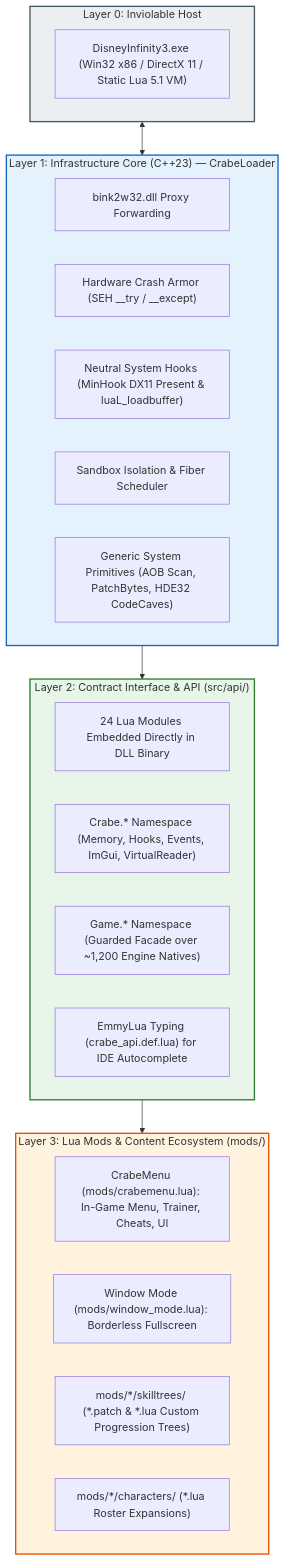
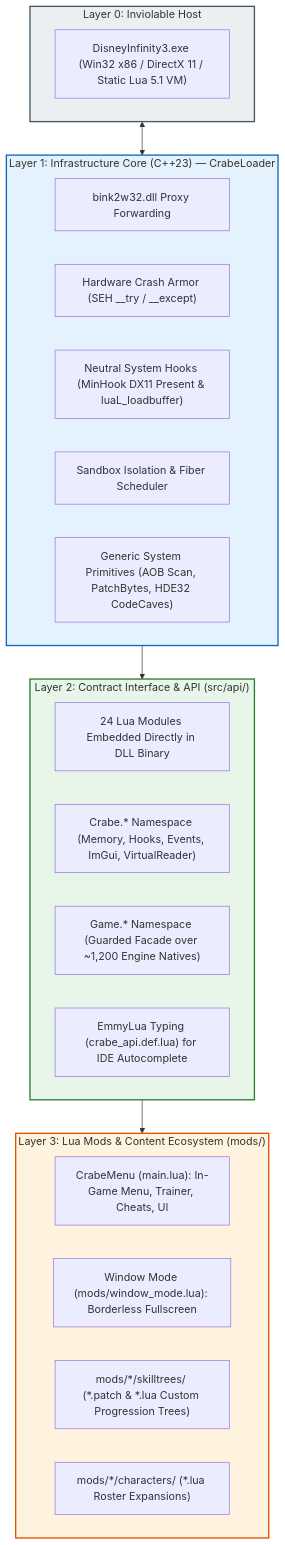
The first of 2 diagrams in docs/ARCHITECTURE_BLUEPRINT.md (LucasLhomme/CrabeLoader), drawn with Mermaid before and after one commit. The commit also changed other lines of this file and 5 other files, not shown here.

````diff
--- a/docs/ARCHITECTURE_BLUEPRINT.md
+++ b/docs/ARCHITECTURE_BLUEPRINT.md
@@ -102,37 +102,37 @@
 ```mermaid
 flowchart TD
     subgraph L0["Layer 0: Inviolable Host"]
         GAME["DisneyInfinity3.exe (Win32 x86 / DirectX 11 / Static Lua 5.1 VM)"]
     end
 
     subgraph L1["Layer 1: Infrastructure Core (C++23) — CrabeLoader"]
         INJECT["bink2w32.dll Proxy Forwarding"]
         SEH["Hardware Crash Armor (SEH __try / __except)"]
         HOOKS["Neutral System Hooks (MinHook DX11 Present & luaL_loadbuffer)"]
         SANDBOX_CORE["Sandbox Isolation & Fiber Scheduler"]
         PRIMITIVES["Generic System Primitives (AOB Scan, PatchBytes, HDE32 CodeCaves)"]
     end
 
     subgraph L2["Layer 2: Contract Interface & API (src/api/)"]
         EMBED_API["24 Lua Modules Embedded Directly in DLL Binary"]
         CRABE_SURFACE["Crabe.* Namespace (Memory, Hooks, Events, ImGui, VirtualReader)"]
         GAME_SURFACE["Game.* Namespace (Guarded Facade over ~1,200 Engine Natives)"]
         TYPES["EmmyLua Typing (crabe_api.def.lua) for IDE Autocomplete"]
     end
 
     subgraph L3["Layer 3: Lua Mods & Content Ecosystem (mods/)"]
-        CRABEMENU["CrabeMenu (mods/crabemenu.lua): In-Game Menu, Trainer, Cheats, UI"]
+        CRABEMENU["CrabeMenu (main.lua): In-Game Menu, Trainer, Cheats, UI"]
         WINDOW_MODE["Window Mode (mods/window_mode.lua): Borderless Fullscreen"]
         CUSTOM_SKILLS["mods/*/skilltrees/ (*.patch & *.lua Custom Progression Trees)"]
         CUSTOM_HEROES["mods/*/characters/ (*.lua Roster Expansions)"]
     end
 
     L0 <--> L1
     L1 --> L2
     L2 --> L3
 
     style L0 fill:#eceff1,stroke:#455a64,stroke-width:2px;
     style L1 fill:#e3f2fd,stroke:#1565c0,stroke-width:2px;
     style L2 fill:#e8f5e9,stroke:#2e7d32,stroke-width:2px;
     style L3 fill:#fff3e0,stroke:#e65100,stroke-width:2px;
 ```
````
